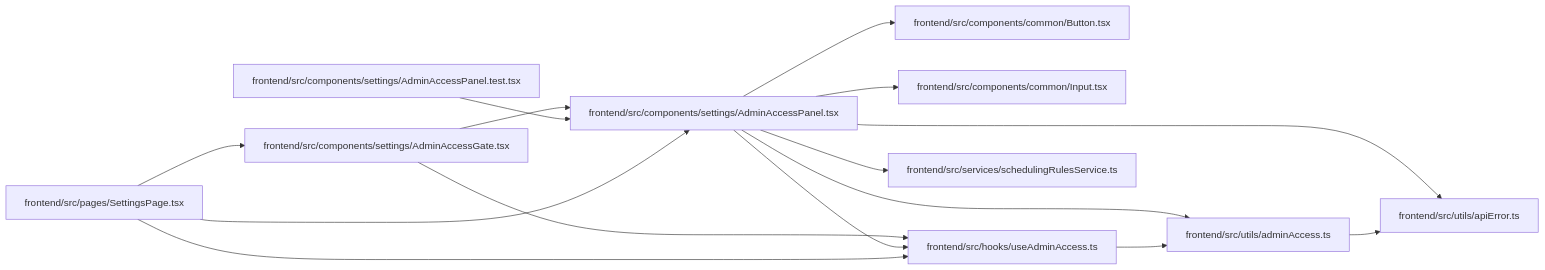
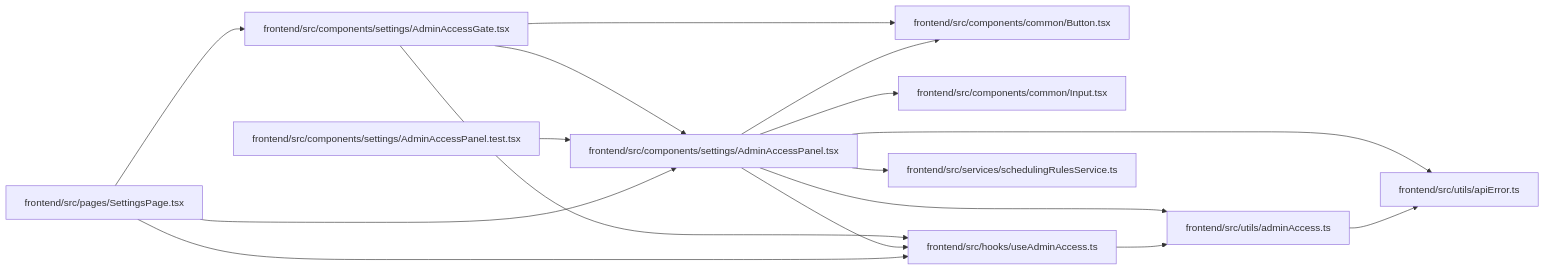
One commit to Denissvgn/WorkChord changed the diagram in docs/llm_wiki/modules/AdminAccessPanel.md. Above: the diagram before and after it, drawn with Mermaid. The commit also changed 524 other files, not shown here.

````diff
--- a/docs/llm_wiki/modules/AdminAccessPanel.md
+++ b/docs/llm_wiki/modules/AdminAccessPanel.md
@@ -34,37 +34,38 @@
 ```mermaid
 flowchart LR
     n0["frontend/src/components/common/Button.tsx"]
     n1["frontend/src/components/common/Input.tsx"]
     n2["frontend/src/components/settings/AdminAccessGate.tsx"]
     n3["frontend/src/components/settings/AdminAccessPanel.test.tsx"]
     n4["frontend/src/components/settings/AdminAccessPanel.tsx"]
     n5["frontend/src/hooks/useAdminAccess.ts"]
     n6["frontend/src/pages/SettingsPage.tsx"]
     n7["frontend/src/services/schedulingRulesService.ts"]
     n8["frontend/src/utils/adminAccess.ts"]
     n9["frontend/src/utils/apiError.ts"]
+    n2 --> n0
     n2 --> n4
     n2 --> n5
     n3 --> n4
     n4 --> n0
     n4 --> n1
     n4 --> n5
     n4 --> n7
     n4 --> n8
     n4 --> n9
     n5 --> n8
     n6 --> n2
     n6 --> n4
     n6 --> n5
     n8 --> n9
     click n0 "../modules/Button.md"
     click n1 "../modules/Input.md"
     click n2 "../modules/AdminAccessGate.md"
     click n3 "../modules/AdminAccessPanel.test.md"
     click n4 "../modules/AdminAccessPanel.md"
     click n5 "../modules/useAdminAccess.md"
     click n6 "../modules/SettingsPage.md"
     click n7 "../modules/schedulingRulesService.md"
     click n8 "../modules/adminAccess.md"
     click n9 "../modules/apiError.md"
 ```
````
